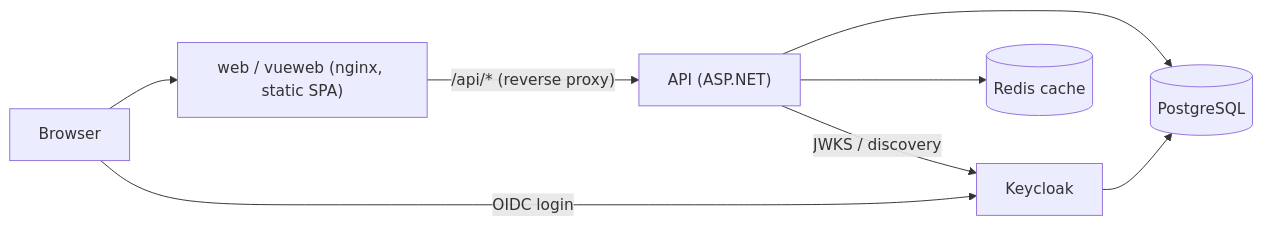
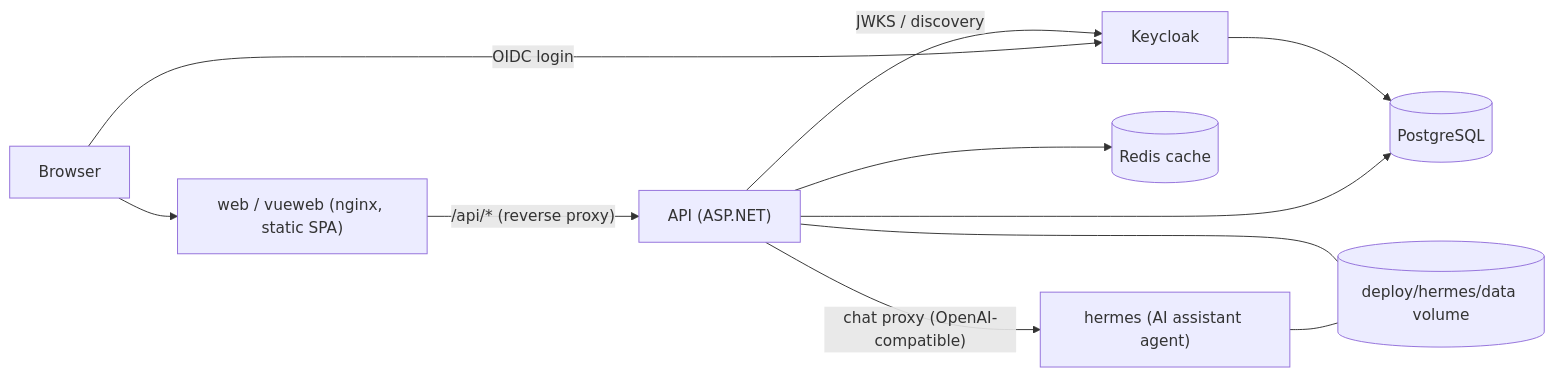
Before and after one commit to WFeneberg/TransBrain: the diagram in docs/INSTALLATION.md, drawn with Mermaid. The commit also changed other lines of this file and 67 other files, not shown here.

First line of the commit message:
feat: add Hermes Agent AI assistant for all users

````diff
--- a/docs/INSTALLATION.md
+++ b/docs/INSTALLATION.md
@@ -15,10 +15,13 @@
 ```mermaid
 flowchart LR
     Browser --> Web["web / vueweb (nginx, static SPA)"]
     Browser -->|OIDC login| KC[Keycloak]
     Web -->|"/api/* (reverse proxy)"| API["API (ASP.NET)"]
     API --> PG[(PostgreSQL)]
     API --> Redis[(Redis cache)]
     API -->|JWKS / discovery| KC
+    API -->|"chat proxy (OpenAI-compatible)"| Hermes["hermes (AI assistant agent)"]
+    Hermes --- Vol[("deploy/hermes/data volume")]
+    API --- Vol
     KC --> PG
 ```
````
